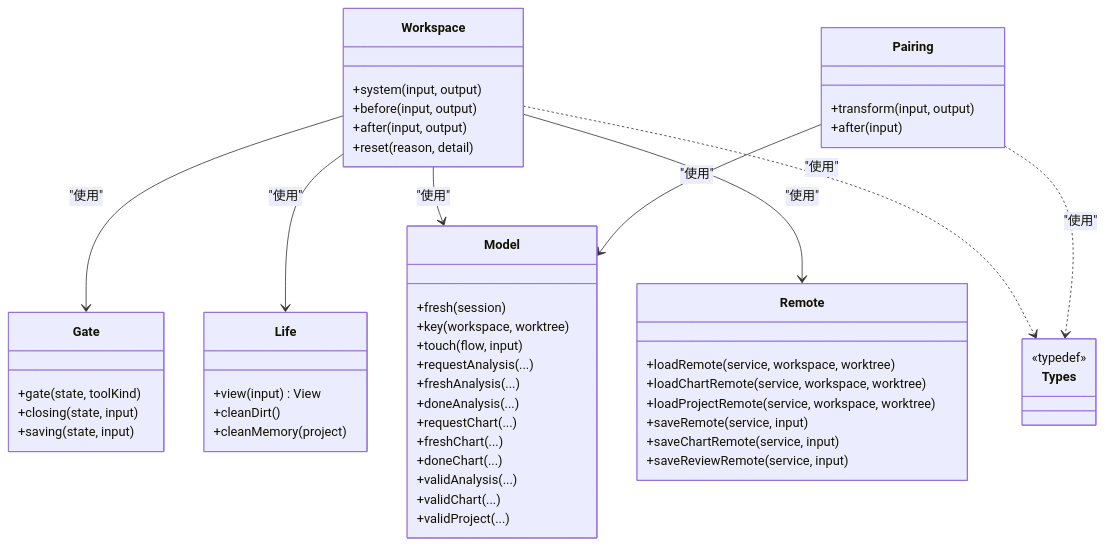
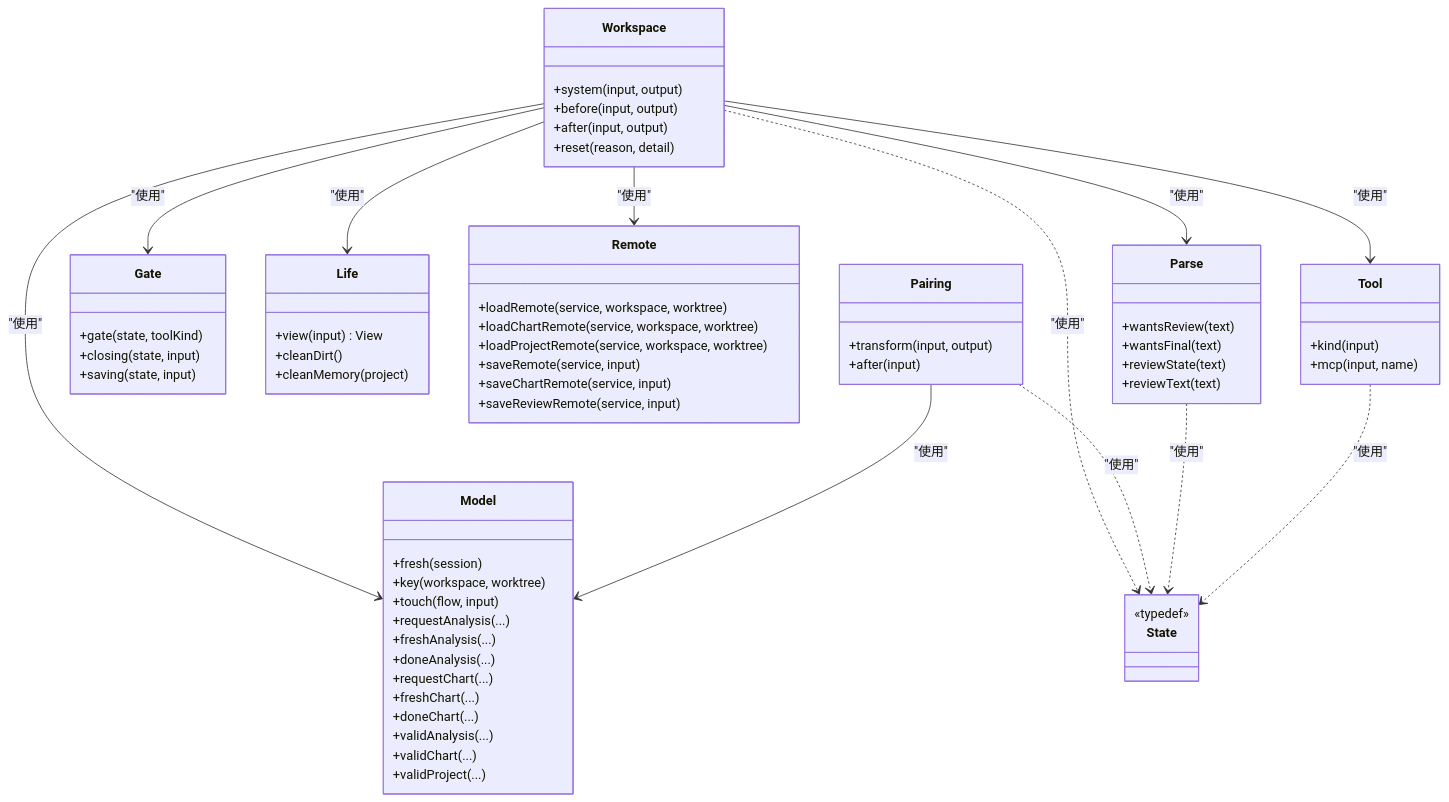
Before and after one commit to 89780012/opencode: the fourth of 4 diagrams in .lingma/repowiki/zh/content/API参考/SmartX工作流API.md, drawn with Mermaid. The commit also changed other lines of this file and 19 other files, not shown here.

````diff
--- a/.lingma/repowiki/zh/content/API参考/SmartX工作流API.md
+++ b/.lingma/repowiki/zh/content/API参考/SmartX工作流API.md
@@ -232,55 +284,69 @@
 ```mermaid
 classDiagram
 class Workspace {
 +system(input, output)
 +before(input, output)
 +after(input, output)
 +reset(reason, detail)
 }
 class Pairing {
 +transform(input, output)
 +after(input)
 }
 class Gate {
 +gate(state, toolKind)
 +closing(state, input)
 +saving(state, input)
 }
 class Life {
 +view(input) View
 +cleanDirt()
 +cleanMemory(project)
 }
 class Model {
 +fresh(session)
 +key(workspace, worktree)
 +touch(flow, input)
 +requestAnalysis(...)
 +freshAnalysis(...)
 +doneAnalysis(...)
 +requestChart(...)
 +freshChart(...)
 +doneChart(...)
 +validAnalysis(...)
 +validChart(...)
 +validProject(...)
 }
 class Remote {
 +loadRemote(service, workspace, worktree)
 +loadChartRemote(service, workspace, worktree)
 +loadProjectRemote(service, workspace, worktree)
 +saveRemote(service, input)
 +saveChartRemote(service, input)
 +saveReviewRemote(service, input)
 }
-class Types {
+class Parse {
++wantsReview(text)
++wantsFinal(text)
++reviewState(text)
++reviewText(text)
+}
+class State {
 <<typedef>>
+}
+class Tool {
++kind(input)
++mcp(input, name)
 }
 Workspace --> Gate : "使用"
 Workspace --> Life : "使用"
 Workspace --> Model : "使用"
 Workspace --> Remote : "使用"
+Workspace --> Parse : "使用"
+Workspace --> Tool : "使用"
 Pairing --> Model : "使用"
-Workspace ..> Types : "使用"
-Pairing ..> Types : "使用"
+Workspace ..> State : "使用"
+Pairing ..> State : "使用"
+Parse ..> State : "使用"
+Tool ..> State : "使用"
 ```
````
